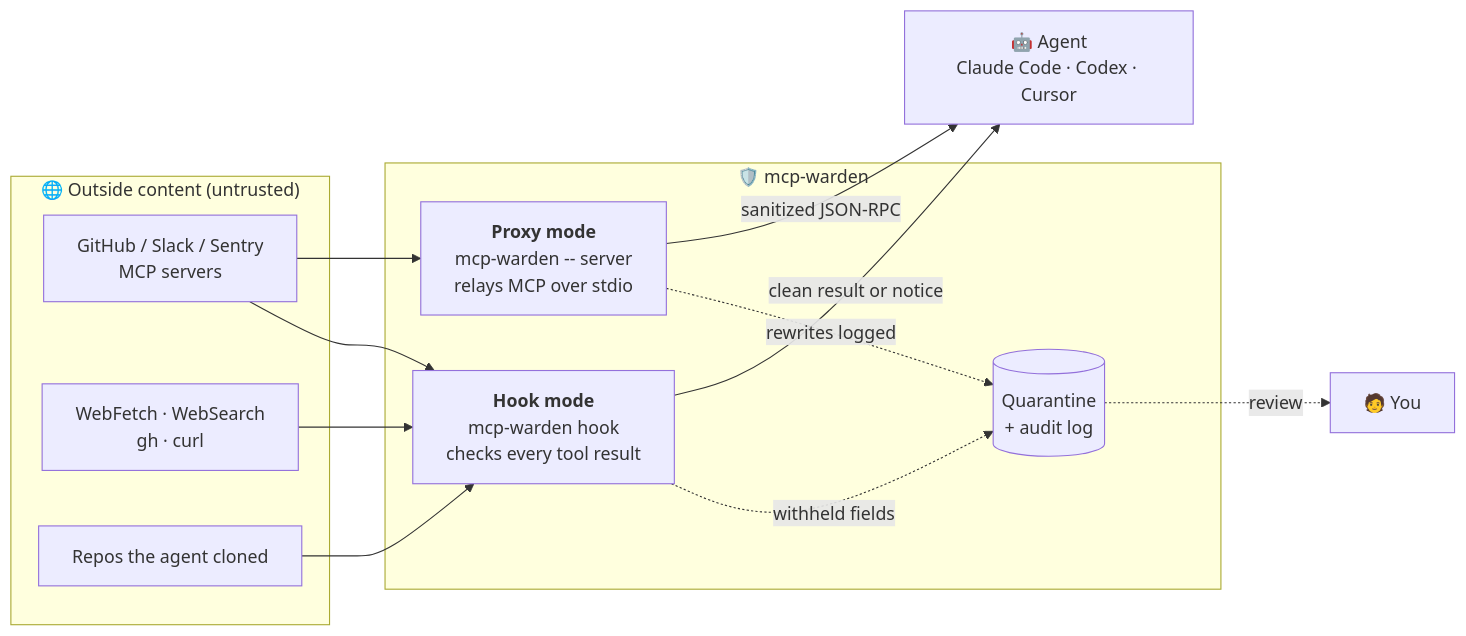
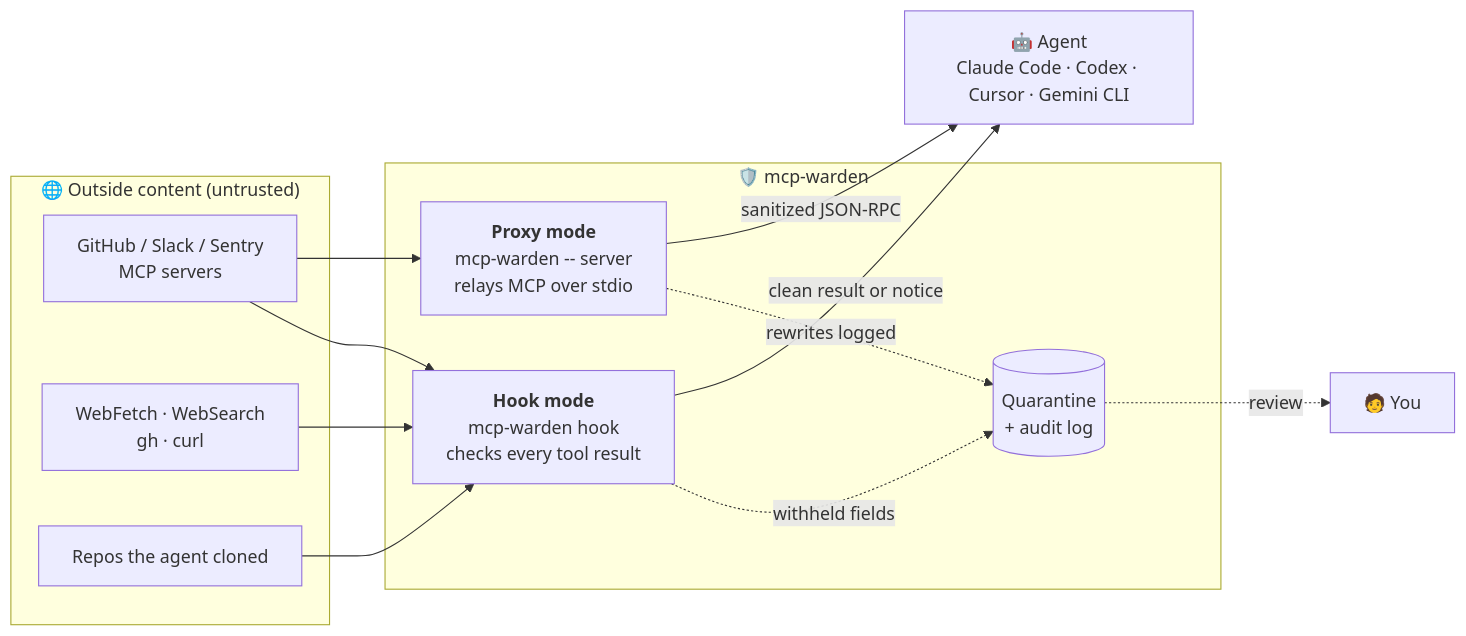
Before and after one commit to AncientiCe/mcp-warden: the first of 4 diagrams in README.md, drawn with Mermaid. The commit also changed other lines of this file and 6 other files, not shown here.

First line of the commit message:
Add Gemini CLI hook support

````diff
--- a/README.md
+++ b/README.md
@@ -102,27 +102,27 @@
 ```mermaid
 flowchart LR
     subgraph Outside["🌐 Outside content (untrusted)"]
         GH["GitHub / Slack / Sentry<br/>MCP servers"]
         WEB["WebFetch · WebSearch<br/>gh · curl"]
         CLONE["Repos the agent cloned"]
     end
 
     subgraph Warden["🛡️ mcp-warden"]
         HOOK["<b>Hook mode</b><br/>mcp-warden hook<br/>checks every tool result"]
         PROXY["<b>Proxy mode</b><br/>mcp-warden -- server<br/>relays MCP over stdio"]
         Q[("Quarantine<br/>+ audit log")]
     end
 
-    AGENT["🤖 Agent<br/>Claude Code · Codex · Cursor"]
+    AGENT["🤖 Agent<br/>Claude Code · Codex · Cursor · Gemini CLI"]
     YOU["🧑 You"]
 
     GH --> PROXY
     GH --> HOOK
     WEB --> HOOK
     CLONE --> HOOK
     HOOK -- "clean result or notice" --> AGENT
     PROXY -- "sanitized JSON-RPC" --> AGENT
     HOOK -. "withheld fields" .-> Q
     PROXY -. "rewrites logged" .-> Q
     Q -. "review" .-> YOU
 ```
````
